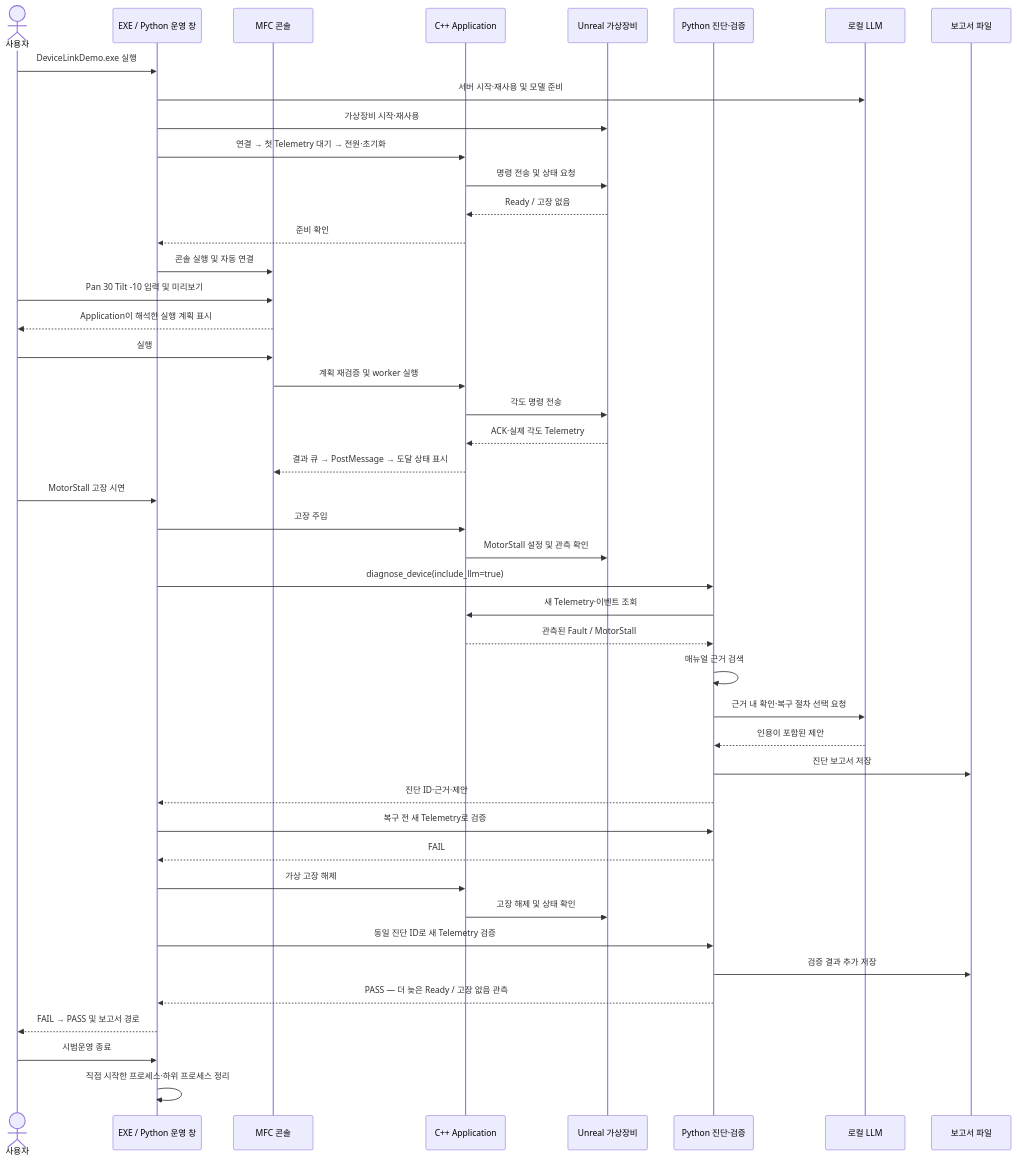
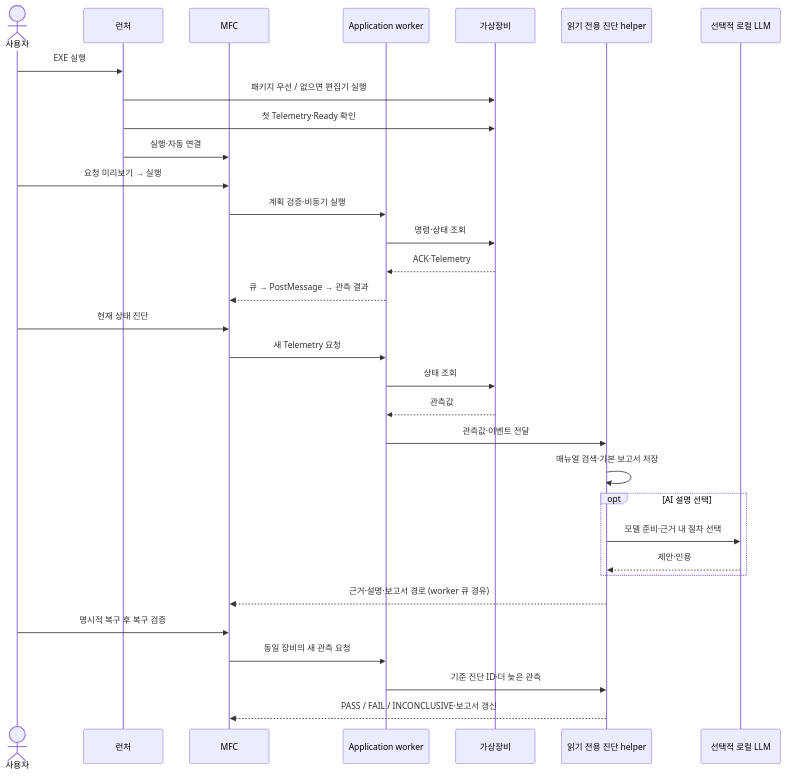
One commit to jihoon-c/DeviceLink-Studio changed the second of 2 diagrams in README.md. Above: the diagram before and after it, drawn with Mermaid. The commit also changed other lines of this file and 3 other files, not shown here.

Commit message:
docs: update MFC workflow and packaged demo validation

````diff
--- a/README.md
+++ b/README.md
@@ -54,49 +46,34 @@
 ```mermaid
 sequenceDiagram
     actor User as 사용자
-    participant Launcher as EXE / Python 운영 창
-    participant MFC as MFC 콘솔
-    participant Native as C++ Application
-    participant UE as Unreal 가상장비
-    participant Diag as Python 진단·검증
-    participant LLM as 로컬 LLM
-    participant Files as 보고서 파일
-
-    User->>Launcher: DeviceLinkDemo.exe 실행
-    Launcher->>LLM: 서버 시작·재사용 및 모델 준비
-    Launcher->>UE: 가상장비 시작·재사용
-    Launcher->>Native: 연결 → 첫 Telemetry 대기 → 전원·초기화
-    Native->>UE: 명령 전송 및 상태 요청
-    UE-->>Native: Ready / 고장 없음
-    Native-->>Launcher: 준비 확인
-    Launcher->>MFC: 콘솔 실행 및 자동 연결
-    User->>MFC: Pan 30 Tilt -10 입력 및 미리보기
-    MFC-->>User: Application이 해석한 실행 계획 표시
-    User->>MFC: 실행
-    MFC->>Native: 계획 재검증 및 worker 실행
-    Native->>UE: 각도 명령 전송
-    UE-->>Native: ACK·실제 각도 Telemetry
-    Native-->>MFC: 결과 큐 → PostMessage → 도달 상태 표시
-
-    User->>Launcher: MotorStall 고장 시연
-    Launcher->>Native: 고장 주입
-    Native->>UE: MotorStall 설정 및 관측 확인
-    Launcher->>Diag: diagnose_device(include_llm=true)
-    Diag->>Native: 새 Telemetry·이벤트 조회
-    Native-->>Diag: 관측된 Fault / MotorStall
-    Diag->>Diag: 매뉴얼 근거 검색
-    Diag->>LLM: 근거 내 확인·복구 절차 선택 요청
-    LLM-->>Diag: 인용이 포함된 제안
-    Diag->>Files: 진단 보고서 저장
-    Diag-->>Launcher: 진단 ID·근거·제안
-    Launcher->>Diag: 복구 전 새 Telemetry로 검증
-    Diag-->>Launcher: FAIL
-    Launcher->>Native: 가상 고장 해제
-    Native->>UE: 고장 해제 및 상태 확인
-    Launcher->>Diag: 동일 진단 ID로 새 Telemetry 검증
-    Diag->>Files: 검증 결과 추가 저장
-    Diag-->>Launcher: PASS — 더 늦은 Ready / 고장 없음 관측
-    Launcher-->>User: FAIL → PASS 및 보고서 경로
-    User->>Launcher: 시범운영 종료
-    Launcher->>Launcher: 직접 시작한 프로세스·하위 프로세스 정리
+    participant Start as 런처
+    participant UI as MFC
+    participant App as Application worker
+    participant UE as 가상장비
+    participant Diag as 읽기 전용 진단 helper
+    participant AI as 선택적 로컬 LLM
+    User->>Start: EXE 실행
+    Start->>UE: 패키지 우선 / 없으면 편집기 실행
+    Start->>UE: 첫 Telemetry·Ready 확인
+    Start->>UI: 실행·자동 연결
+    User->>UI: 요청 미리보기 → 실행
+    UI->>App: 계획 검증·비동기 실행
+    App->>UE: 명령·상태 조회
+    UE-->>App: ACK·Telemetry
+    App-->>UI: 큐 → PostMessage → 관측 결과
+    User->>UI: 현재 상태 진단
+    UI->>App: 새 Telemetry 요청
+    App->>UE: 상태 조회
+    UE-->>App: 관측값
+    App->>Diag: 관측값·이벤트 전달
+    Diag->>Diag: 매뉴얼 검색·기본 보고서 저장
+    opt AI 설명 선택
+        Diag->>AI: 모델 준비·근거 내 절차 선택
+        AI-->>Diag: 제안·인용
+    end
+    Diag-->>UI: 근거·설명·보고서 경로 (worker 큐 경유)
+    User->>UI: 명시적 복구 후 복구 검증
+    UI->>App: 동일 장비의 새 관측 요청
+    App->>Diag: 기준 진단 ID·더 늦은 관측
+    Diag-->>UI: PASS / FAIL / INCONCLUSIVE·보고서 갱신
 ```
````
